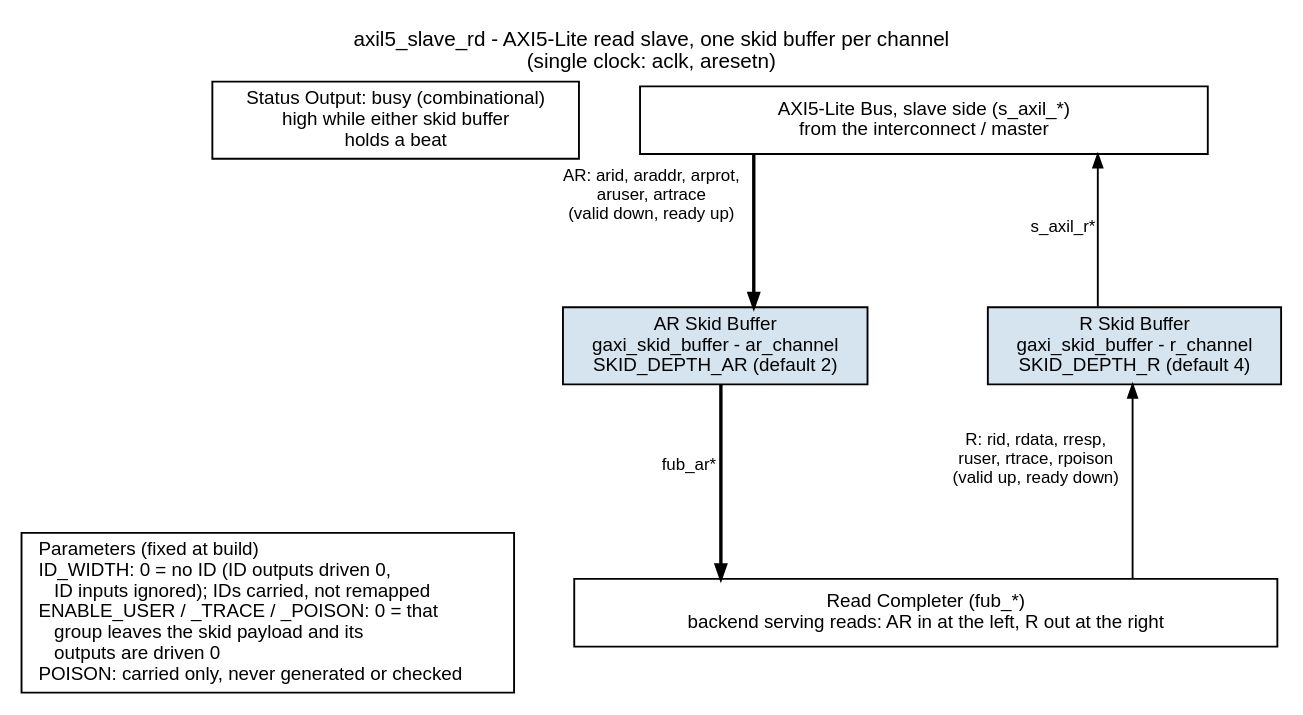
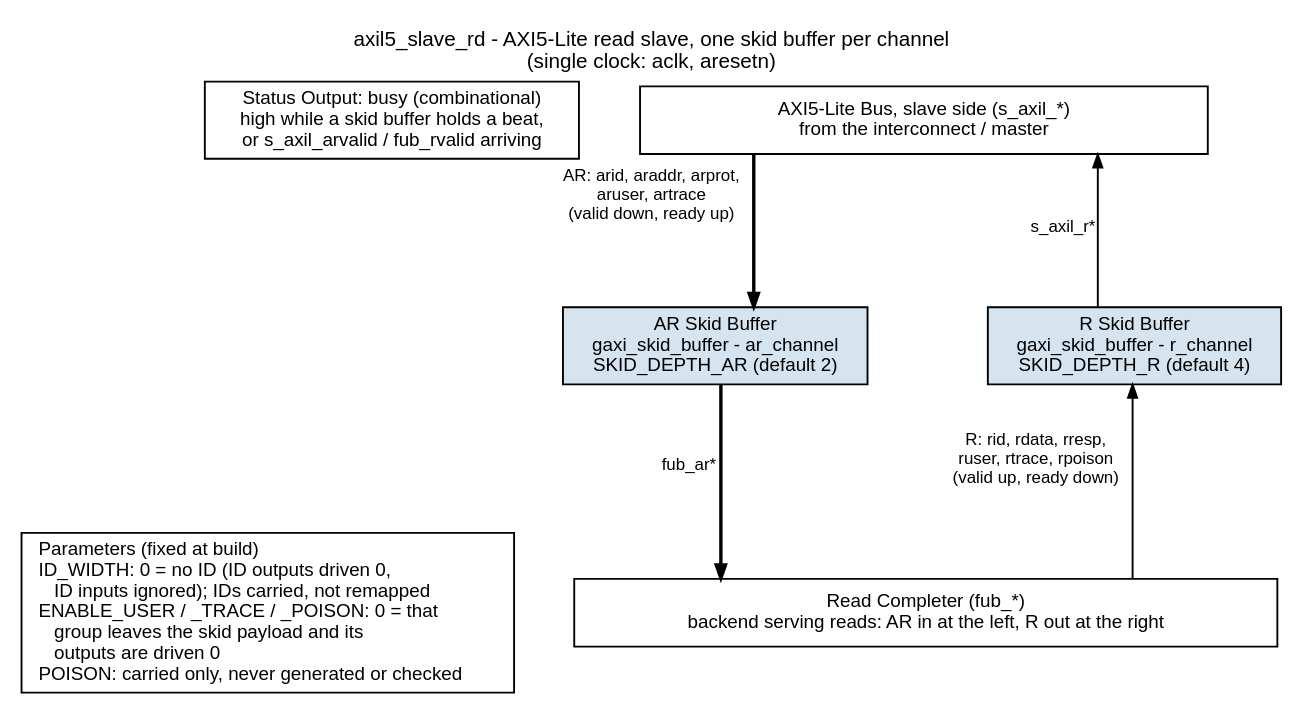
Before and after one commit to sean-galloway/RTLDesignSherpa: the diagram in docs/markdown/assets/rtl-amba/graphviz/axil5_slave_rd.dot, drawn with Graphviz. The commit also changed 291 other files, not shown here.

```diff
--- a/docs/markdown/assets/rtl-amba/graphviz/axil5_slave_rd.dot
+++ b/docs/markdown/assets/rtl-amba/graphviz/axil5_slave_rd.dot
@@ -1,35 +1,35 @@
 // axil5_slave_rd block diagram - house style (vault/handbook/authoring/block-diagrams.md).
 // Generated from the axil4 family template so axil4 and axil5 bases look alike.
 // The requester side is the top port, the completer side the bottom bar.
 // Requests run top-down through their skid buffers; the response climbs its own
 // lane on the right. Each hop is one edge: valid + payload one way, ready the other.
 // AXI5-Lite adds carried fields only (ID, USER, TRACE, POISON) -- see the legend.
 // Source of truth: rtl/amba/axil5/axil5_slave_rd.sv.
 digraph axil5_slave_rd {
     graph [rankdir=TB, bgcolor="white", fontname="Helvetica", fontsize=11,
            nodesep="0.45", ranksep="1.1", splines=ortho, newrank=true,
            label="axil5_slave_rd - AXI5-Lite read slave, one skid buffer per channel\n(single clock: aclk, aresetn)",
            labelloc=t, labeljust=c];
     node  [fontname="Helvetica", fontsize=10, shape=box, style=filled,
            fillcolor="#D6E4F0", color="black", margin="0.12,0.06"];
     edge  [fontname="Helvetica", fontsize=9, color="black", arrowsize=0.7];
 
     prm  [label="Parameters (fixed at build)\lID_WIDTH: 0 = no ID (ID outputs driven 0,\l    ID inputs ignored); IDs carried, not remapped\lENABLE_USER / _TRACE / _POISON: 0 = that\l    group leaves the skid payload and its\l    outputs are driven 0\lPOISON: carried only, never generated or checked\l", fillcolor="white"];
     top  [label="AXI5-Lite Bus, slave side (s_axil_*)\nfrom the interconnect / master", fillcolor="white", width=4.2];
     ar   [label="AR Skid Buffer\ngaxi_skid_buffer - ar_channel\nSKID_DEPTH_AR (default 2)"];
     r    [label="R Skid Buffer\ngaxi_skid_buffer - r_channel\nSKID_DEPTH_R (default 4)"];
-    busyo [label="Status Output: busy (combinational)\nhigh while either skid buffer\nholds a beat", fillcolor="white"];
+    busyo [label="Status Output: busy (combinational)\nhigh while a skid buffer holds a beat,\nor s_axil_arvalid / fub_rvalid arriving", fillcolor="white"];
     bot  [label="Read Completer (fub_*)\nbackend serving reads: AR in at the left, R out at the right", fillcolor="white", width=5.2];
 
     top -> ar  [xlabel="AR: arid, araddr, arprot,\naruser, artrace\n(valid down, ready up)", penwidth=1.8];
     ar  -> bot [xlabel="fub_ar*", penwidth=1.8];
     r   -> bot [dir=back, xlabel="R: rid, rdata, rresp,\nruser, rtrace, rpoison\n(valid up, ready down)"];
     top -> r   [dir=back, xlabel="s_axil_r*"];
 
     { rank=same; ar; r; }
     ar -> r [style=invis, minlen=2];
     { rank=same; busyo; top; }
     busyo -> top [style=invis];
     { rank=same; prm; bot; }
     prm -> bot [style=invis];
 }
```
